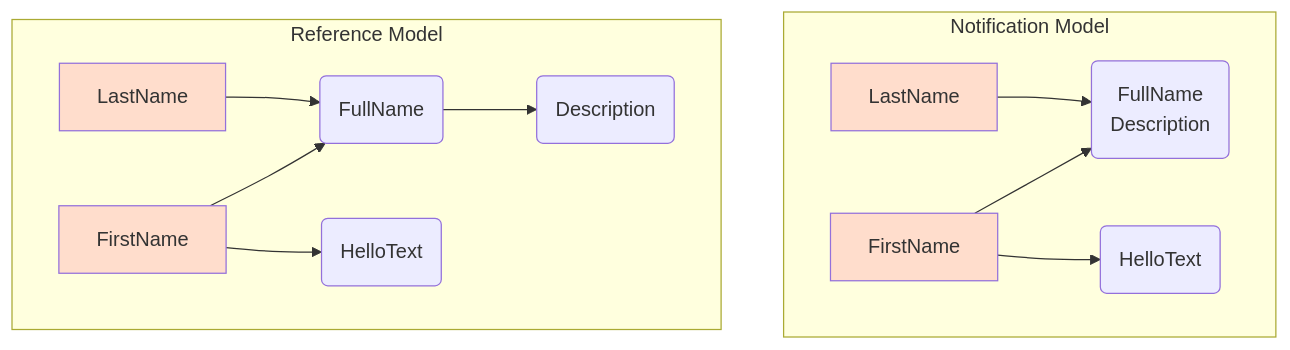
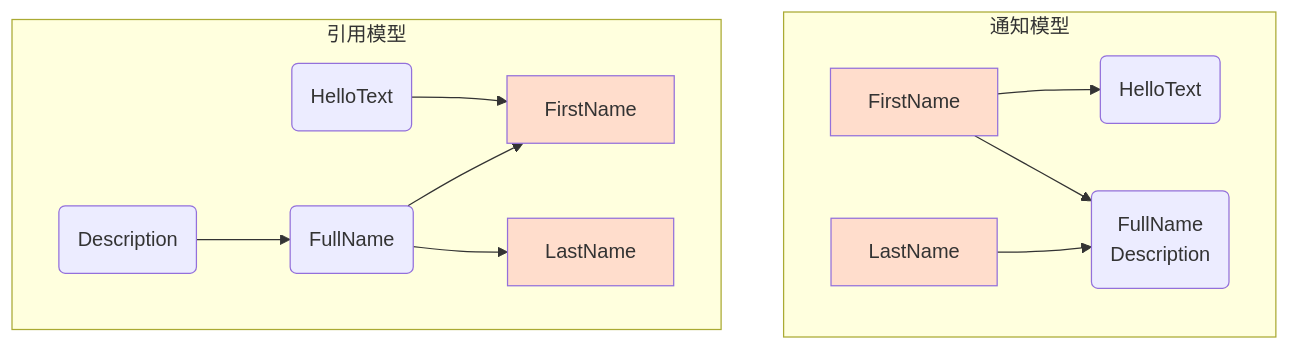
One commit to zmjack/NStandard changed the diagram in docfx/cn/code/observable-feature.md. Above: the diagram before and after it, drawn with Mermaid. The commit also changed other lines of this file and 10 other files, not shown here.

````diff
--- a/docfx/cn/code/observable-feature.md
+++ b/docfx/cn/code/observable-feature.md
@@ -9,24 +13,24 @@
 ```mermaid
 graph TB
 classDef leaf fill:#fdc
-subgraph Notification Model
+subgraph 通知模型
 n_FirstName[FirstName]:::leaf
 n_LastName[LastName]:::leaf
 n_HelloText(HelloText)
 n_Group(FullName<br/>Description)
+n_FirstName --> n_HelloText
 n_FirstName --> n_Group
 n_LastName --> n_Group
-n_FirstName --> n_HelloText
 end
-subgraph Reference Model
+subgraph 引用模型
 r_FirstName[FirstName]:::leaf
 r_LastName[LastName]:::leaf
 r_FullName(FullName)
 r_HelloText(HelloText)
 r_Description(Description)
-r_FirstName --> r_FullName
-r_FirstName --> r_HelloText
-r_LastName --> r_FullName
-r_FullName --> r_Description
+r_FullName --> r_FirstName
+r_HelloText --> r_FirstName
+r_FullName --> r_LastName
+r_Description --> r_FullName
 end
 ```
````
